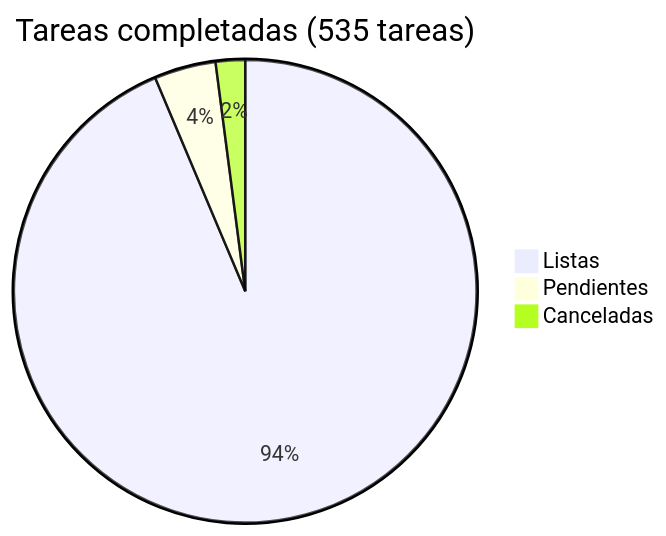
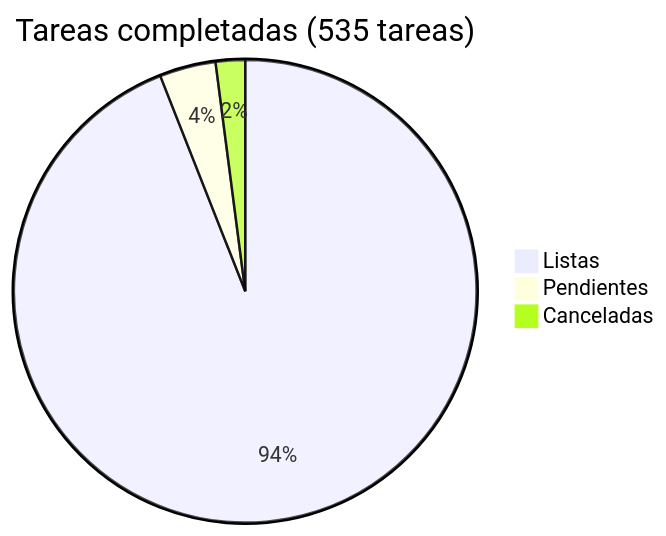
The diagram in docs/roadmap/README.md (araguaney-org/araguaney), drawn with Mermaid before and after one commit. The commit also changed other lines of this file and 20 other files, not shown here.

````diff
--- a/docs/roadmap/README.md
+++ b/docs/roadmap/README.md
@@ -5,6 +5,6 @@
 ```mermaid
 pie title Tareas completadas (535 tareas)
-    "Listas" : 501
-    "Pendientes" : 23
+    "Listas" : 503
+    "Pendientes" : 21
     "Canceladas" : 11
 ```
````
